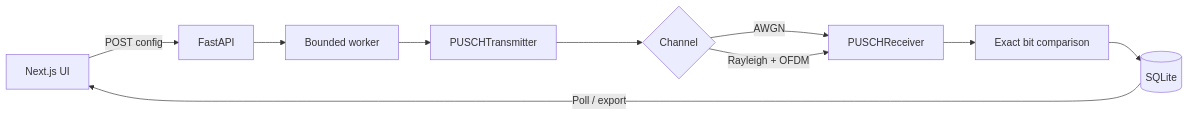
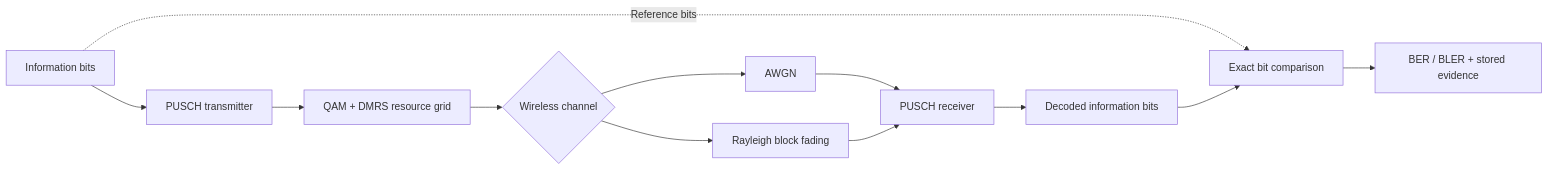
One commit to Krrish-Verma/ModemScope changed the diagram in README.md. Above: the diagram before and after it, drawn with Mermaid. The commit also changed other lines of this file, not shown here.

````diff
--- a/README.md
+++ b/README.md
@@ -50,12 +62,14 @@
 ```mermaid
 flowchart LR
-    UI[Next.js UI] -->|POST config| API[FastAPI]
-    API --> JOB[Bounded worker]
-    JOB --> TX[PUSCHTransmitter]
-    TX --> CH{Channel}
-    CH -->|AWGN| RX[PUSCHReceiver]
-    CH -->|Rayleigh + OFDM| RX
-    RX --> METRICS[Exact bit comparison]
-    METRICS --> DB[(SQLite)]
-    DB -->|Poll / export| UI
+    B[Information bits] --> T[PUSCH transmitter]
+    T --> G[QAM + DMRS resource grid]
+    G --> C{Wireless channel}
+    C --> A[AWGN]
+    C --> F[Rayleigh block fading]
+    A --> R[PUSCH receiver]
+    F --> R
+    R --> D[Decoded information bits]
+    B -. Reference bits .-> M[Exact bit comparison]
+    D --> M
+    M --> E[BER / BLER + stored evidence]
 ```
````
